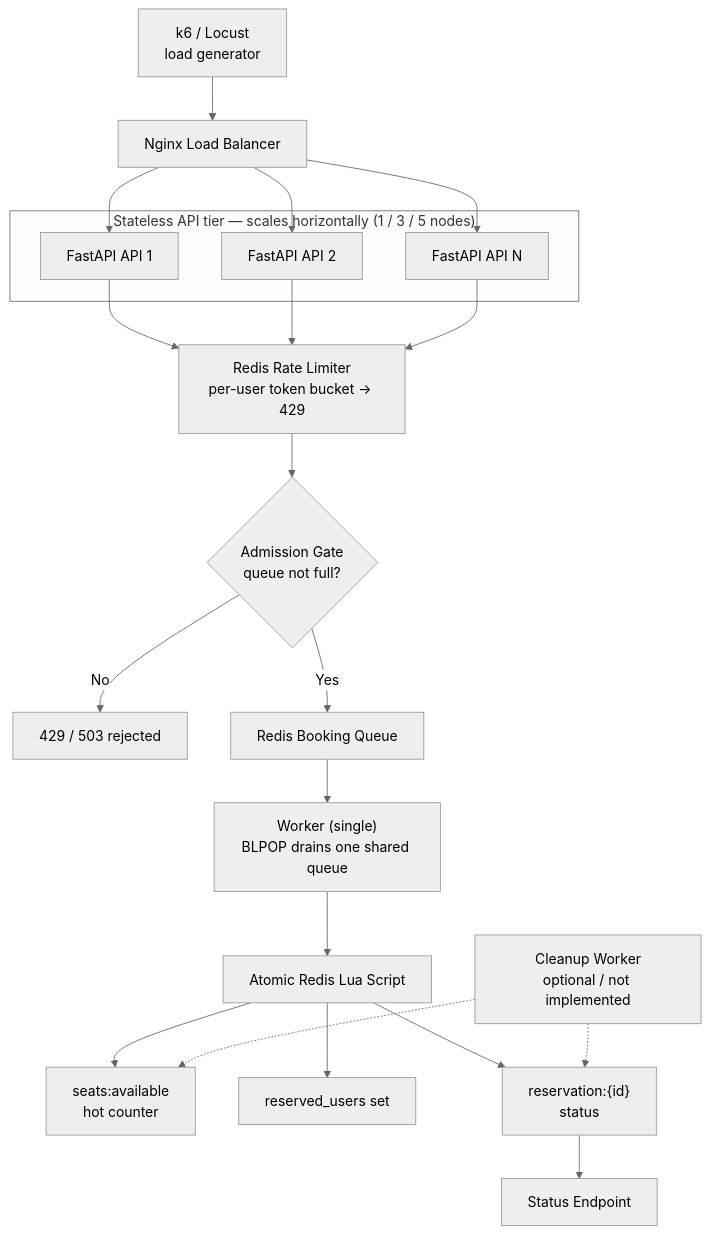
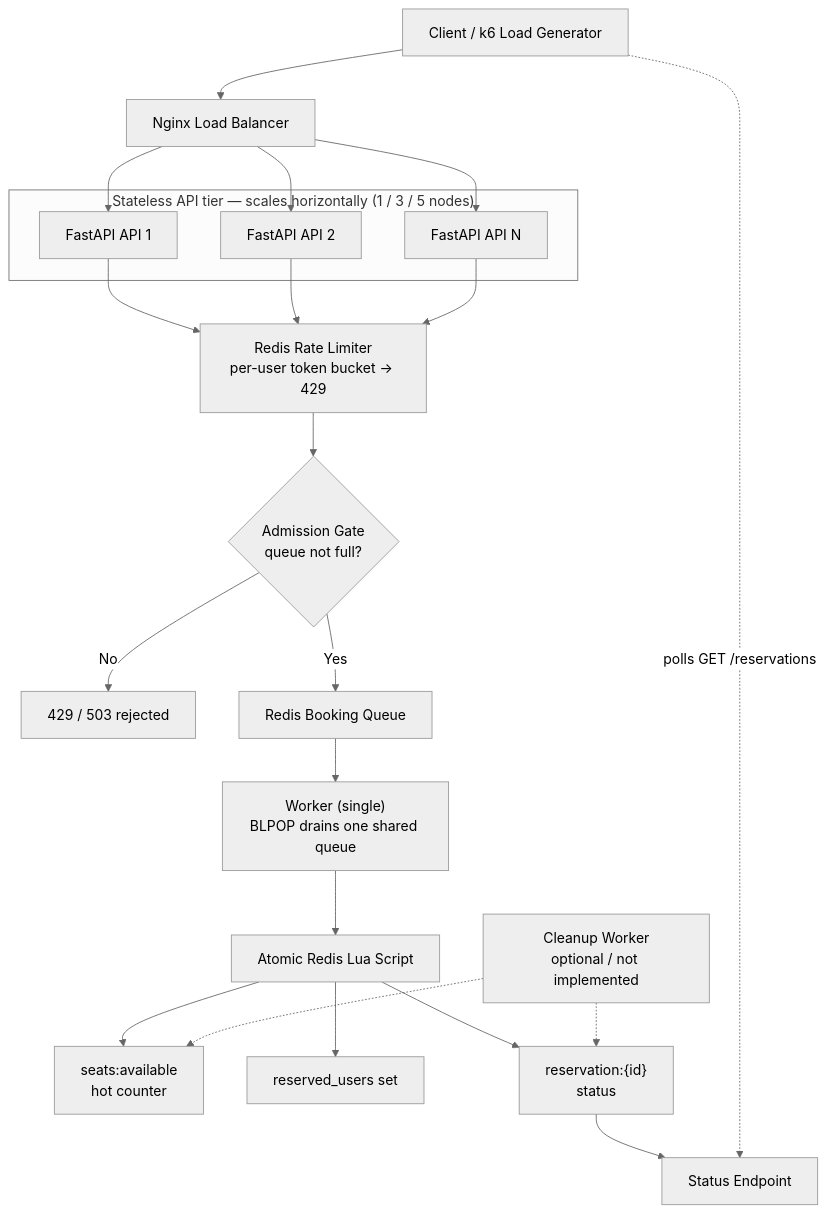
Before and after one commit to felix00112/SE3S-Assignment-Prototyping1: the diagram in README.md, drawn with Mermaid (neutral theme).

Commit message:
small change in readme

````diff
--- a/README.md
+++ b/README.md
@@ -129,34 +129,35 @@
 ```mermaid
 flowchart TD
-    A["k6 / Locust<br/>load generator"] --> B["Nginx Load Balancer"]
+    A["Client / k6 Load Generator"] --> B["Nginx Load Balancer"]
 
     subgraph APITIER["Stateless API tier — scales horizontally (1 / 3 / 5 nodes)"]
         C1["FastAPI API 1"]
         C2["FastAPI API 2"]
         C3["FastAPI API N"]
     end
 
     B --> C1
     B --> C2
     B --> C3
 
     C1 --> D["Redis Rate Limiter<br/>per-user token bucket → 429"]
     C2 --> D
     C3 --> D
 
     D --> E{"Admission Gate<br/>queue not full?"}
     E -- "No" --> F["429 / 503 rejected"]
     E -- "Yes" --> G["Redis Booking Queue"]
 
     G --> H["Worker (single)<br/>BLPOP drains one shared queue"]
     H --> I["Atomic Redis Lua Script"]
 
     I --> J["seats:available<br/>hot counter"]
     I --> K["reserved_users set"]
     I --> L["reservation:{id}<br/>status"]
 
     M["Cleanup Worker<br/>optional / not implemented"] -.-> L
     M -.-> J
 
     L --> N["Status Endpoint"]
+    A -.->|"polls GET /reservations"| N
 ```
````
